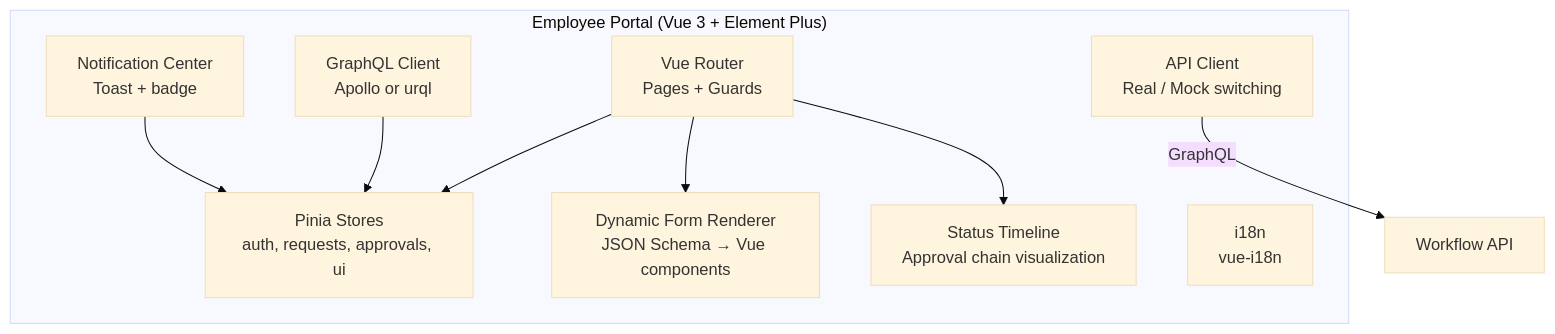
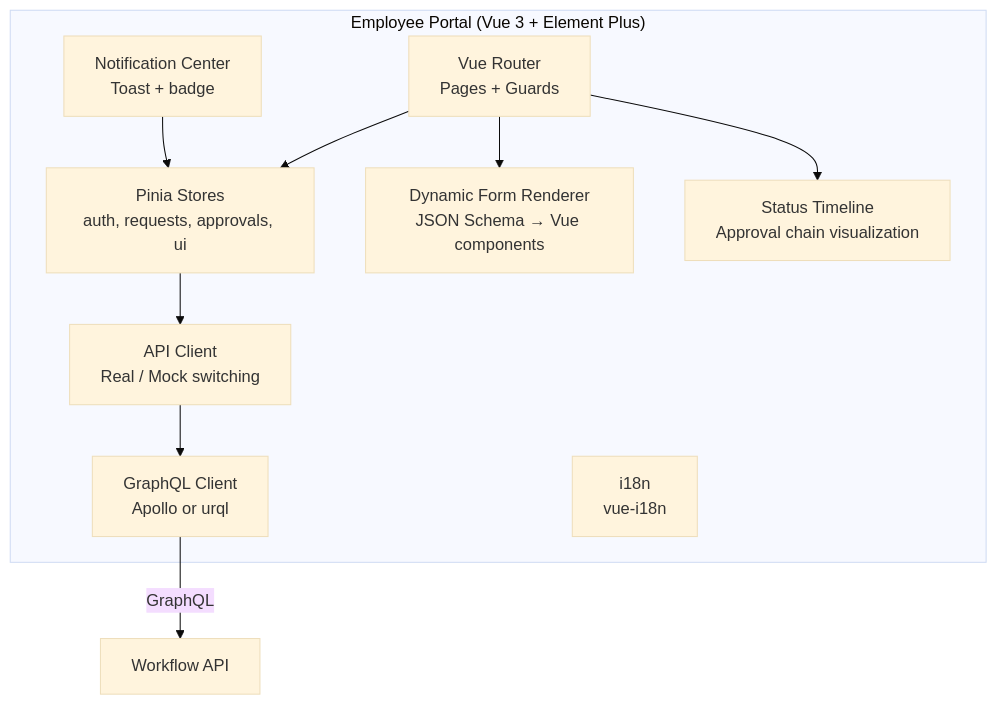
The fifth of 13 diagrams in enterprise_workflow_system/docs/system_architecture.md (Eyolf6Coyote7/Eyolf6Coyote7), drawn with Mermaid (base theme) before and after one commit. The commit also changed other lines of this file, not shown here.

Commit message:
🎨style#81: apply Gemini review fixes (3 items) for Workflow frontend arch
- Fix Employee Portal diagram: Store → API Client → GraphQL Client → API (correct data flow)
- API Client description: wrapper for GraphQL client, Axios for file uploads only
- Offline strategy: "GraphQL query" → "Data request" (no actual query when offline)

Addresses Gemini review on PR #84
Ref #81

````diff
--- a/enterprise_workflow_system/docs/system_architecture.md
+++ b/enterprise_workflow_system/docs/system_architecture.md
@@ -142,20 +142,21 @@
 ```mermaid
 graph TD
   subgraph "Employee Portal (Vue 3 + Element Plus)"
     ROUTER_E[Vue Router<br/>Pages + Guards]
     STORE_E[Pinia Stores<br/>auth, requests, approvals, ui]
     GQL_CLIENT[GraphQL Client<br/>Apollo or urql]
     FORM[Dynamic Form Renderer<br/>JSON Schema → Vue components]
     TIMELINE[Status Timeline<br/>Approval chain visualization]
     NOTIF[Notification Center<br/>Toast + badge]
     I18N_E[i18n<br/>vue-i18n]
     API_E[API Client<br/>Real / Mock switching]
   end
 
   ROUTER_E --> STORE_E
   ROUTER_E --> FORM
   ROUTER_E --> TIMELINE
-  GQL_CLIENT --> STORE_E
-  API_E -->|GraphQL| WF_API[Workflow API]
+  STORE_E --> API_E
+  API_E --> GQL_CLIENT
+  GQL_CLIENT -->|GraphQL| WF_API[Workflow API]
   NOTIF --> STORE_E
 ```
````
